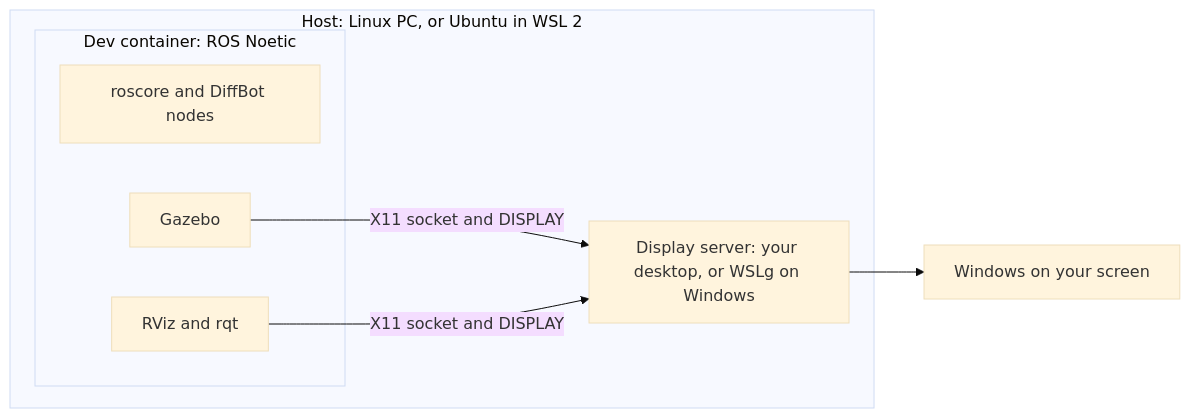
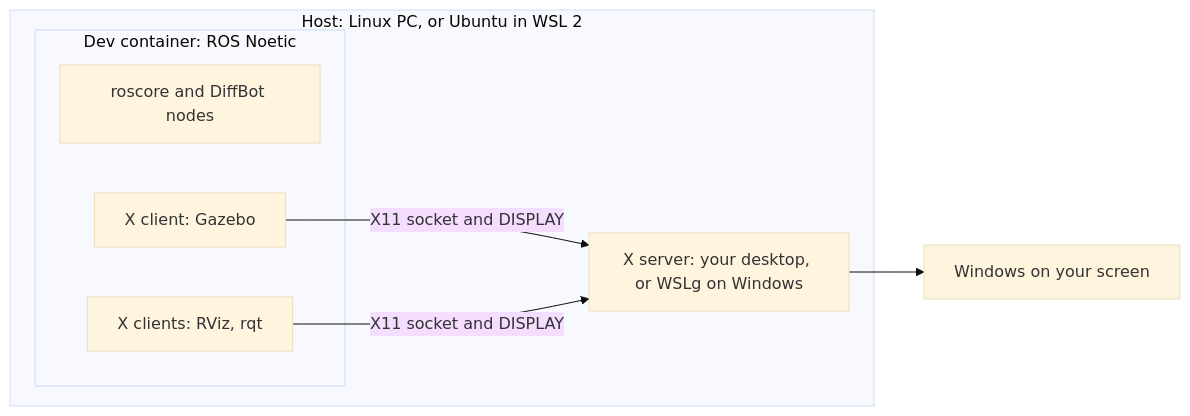
The first of 2 diagrams in docs/development/dev-container.md (ros-mobile-robots/ros-mobile-robots.github.io), drawn with Mermaid (base theme) before and after one commit. The commit also changed other lines of this file, not shown here.

First line of the commit message:
Dev Container: X server and X clients; "cookie" explained once

````diff
--- a/docs/development/dev-container.md
+++ b/docs/development/dev-container.md
@@ -24,14 +25,14 @@
 ```mermaid
 graph LR
   subgraph HOST [Host: Linux PC, or Ubuntu in WSL 2]
     subgraph DC [Dev container: ROS Noetic]
       NODES[roscore and DiffBot nodes]
-      GZ[Gazebo]
-      RV[RViz and rqt]
+      GZ[X client: Gazebo]
+      RV[X clients: RViz, rqt]
     end
-    XS[Display server: your desktop, or WSLg on Windows]
+    XS[X server: your desktop, or WSLg on Windows]
   end
   GZ -->|X11 socket and DISPLAY| XS
   RV -->|X11 socket and DISPLAY| XS
   XS --> SCREEN[Windows on your screen]
 ```
````
